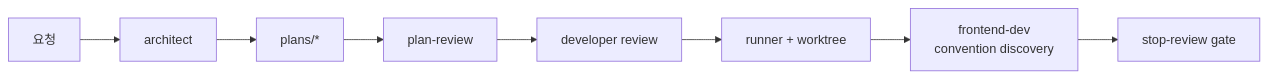
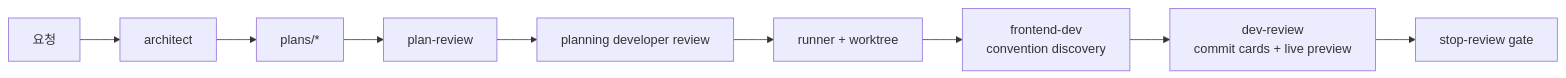
Before and after one commit to SeoJaeWan/try-claude-code: diagram 14 of 14 in docs/claude-code-workflow-evolution.md, drawn with Mermaid. The commit also changed other lines of this file and 1 other file, not shown here.

Commit message:
docs(dev-review): update workflow docs for live preview

````diff
--- a/docs/claude-code-workflow-evolution.md
+++ b/docs/claude-code-workflow-evolution.md
@@ -799,13 +828,14 @@
 ```mermaid
 flowchart LR
     U["요청"]
     ARCH["architect"]
     PLAN["plans/*"]
     COLD["plan-review"]
-    DEVREV["developer review"]
+    PLANREV["planning developer review"]
     RUN["runner + worktree"]
     FE["frontend-dev<br/>convention discovery"]
+    IMPREV["dev-review<br/>commit cards + live preview"]
     STOP["stop-review gate"]
 
-    U --> ARCH --> PLAN --> COLD --> DEVREV --> RUN --> FE --> STOP
+    U --> ARCH --> PLAN --> COLD --> PLANREV --> RUN --> FE --> IMPREV --> STOP
 ```
````
